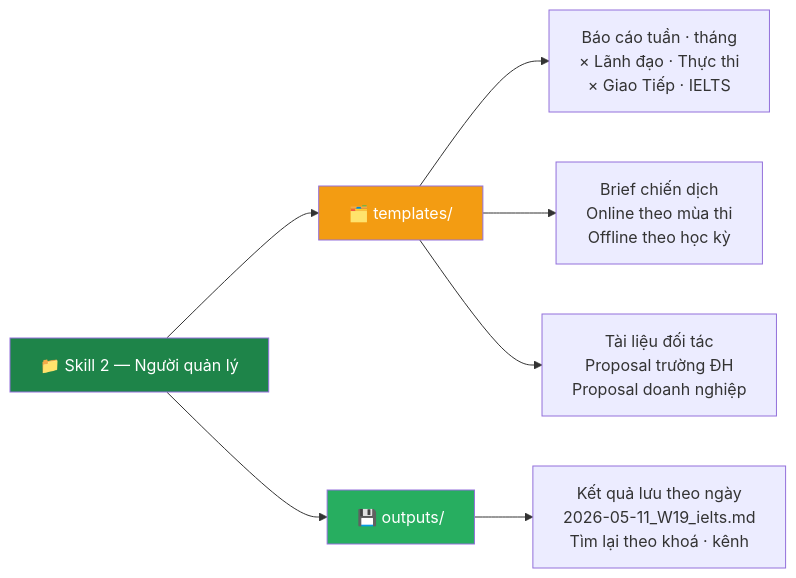
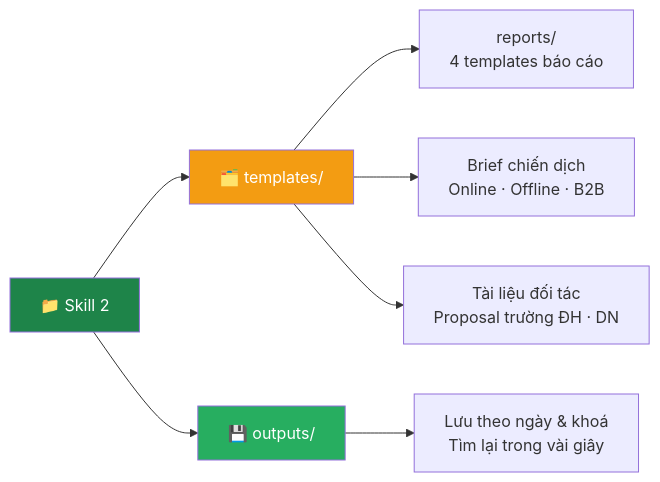
One commit to bochidung642-blip/1-kh-ng-gian-l-m-vi-c-c-nh-n-v-i-c-c-skills changed the fourth of 9 diagrams in README.md. Above: the diagram before and after it, drawn with Mermaid. The commit also changed other lines of this file, not shown here.

````diff
--- a/README.md
+++ b/README.md
@@ -120,17 +123,17 @@
 ```mermaid
 flowchart LR
-    S2["📁 Skill 2 — Người quản lý"]
+    S2["📁 Skill 2"]
 
     S2 --> T["🗂️ templates/"]
     S2 --> O["💾 outputs/"]
 
-    T --> T1["Báo cáo tuần · tháng\n× Lãnh đạo · Thực thi\n× Giao Tiếp · IELTS"]
-    T --> T2["Brief chiến dịch\nOnline theo mùa thi\nOffline theo học kỳ"]
-    T --> T3["Tài liệu đối tác\nProposal trường ĐH\nProposal doanh nghiệp"]
+    T --> R["reports/\n4 templates báo cáo"]
+    T --> B["Brief chiến dịch\nOnline · Offline · B2B"]
+    T --> P["Tài liệu đối tác\nProposal trường ĐH · DN"]
 
-    O --> O1["Kết quả lưu theo ngày\n2026-05-11_W19_ielts.md\nTìm lại theo khoá · kênh"]
+    O --> O1["Lưu theo ngày & khoá\nTìm lại trong vài giây"]
 
     style S2 fill:#1E8449,color:#fff
     style T fill:#F39C12,color:#fff
     style O fill:#27AE60,color:#fff
 ```
````
